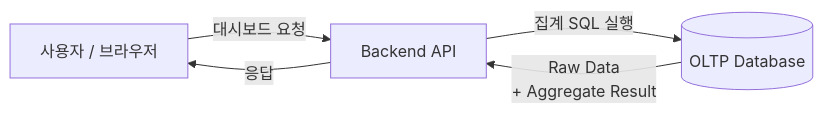
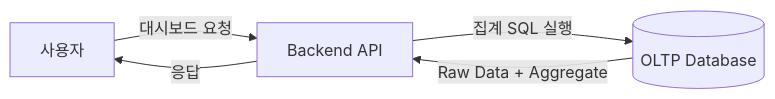
The first of 3 diagrams in src/content/note/ko/optimizing-dashboard/index.md (dylan-jung/dylearning), drawn with Mermaid before and after one commit. The commit also changed other lines of this file, not shown here.

````diff
--- a/src/content/note/ko/optimizing-dashboard/index.md
+++ b/src/content/note/ko/optimizing-dashboard/index.md
@@ -25,9 +29,7 @@
 ```mermaid
 flowchart LR
-    User[사용자 / 브라우저] -->|대시보드 요청| API[Backend API]
-
+    User[사용자] -->|대시보드 요청| API[Backend API]
     API -->|집계 SQL 실행| DB[(OLTP Database)]
-
-    DB -->|Raw Data<br/>+ Aggregate Result| API
+    DB -->|Raw Data + Aggregate| API
     API -->|응답| User
 ```
````
